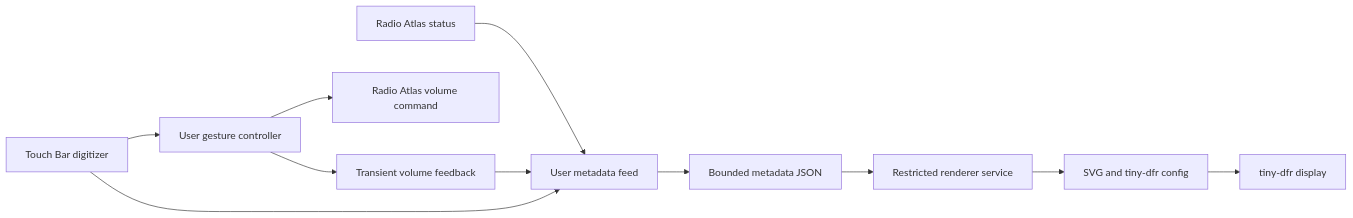
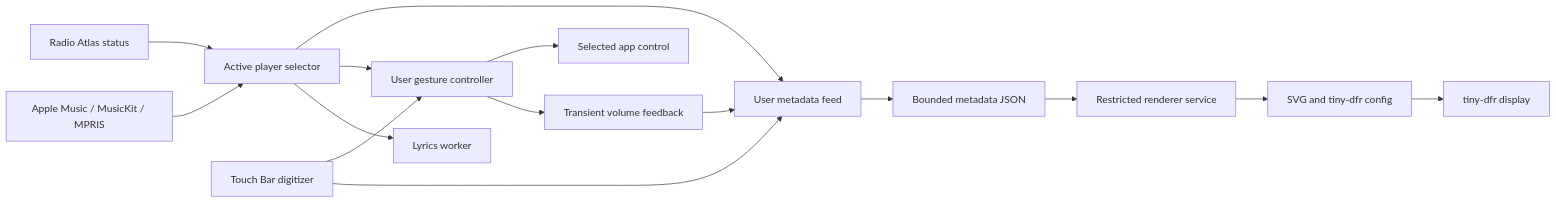
One commit to tonybo/omarchy-music-touchbar changed the diagram in docs/ARCHITECTURE.md. Above: the diagram before and after it, drawn with Mermaid. The commit also changed other lines of this file and 32 other files, not shown here.

Commit message:
Release Music Touchbar v1.1.0 with Apple Music support

````diff
--- a/docs/ARCHITECTURE.md
+++ b/docs/ARCHITECTURE.md
@@ -3,13 +3,17 @@
 ```mermaid
 flowchart LR
-  A[Radio Atlas status] --> F[User metadata feed]
+  A[Radio Atlas status] --> P[Active player selector]
+  C[Apple Music / MusicKit / MPRIS] --> P
+  P --> F[User metadata feed]
+  P --> G
+  P --> K[Lyrics worker]
   T[Touch Bar digitizer] --> G[User gesture controller]
   T --> F
-  G --> V[Radio Atlas volume command]
+  G --> V[Selected app control]
   G --> M[Transient volume feedback]
   M --> F
   F --> J[Bounded metadata JSON]
   J --> R[Restricted renderer service]
   R --> S[SVG and tiny-dfr config]
   S --> D[tiny-dfr display]
 ```
````
